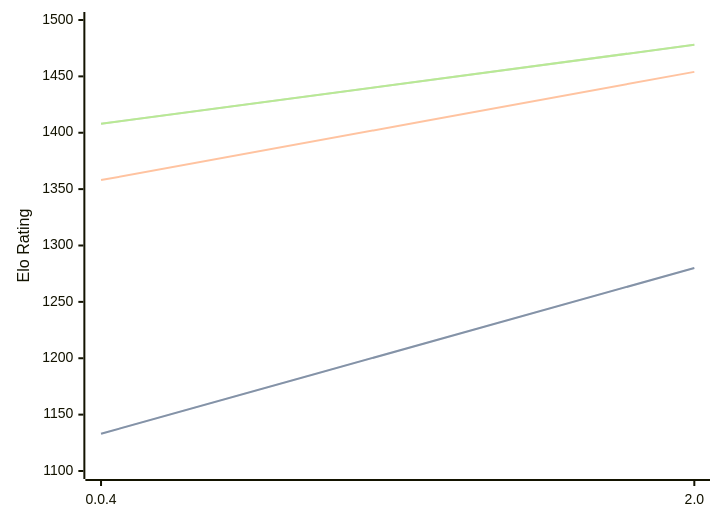
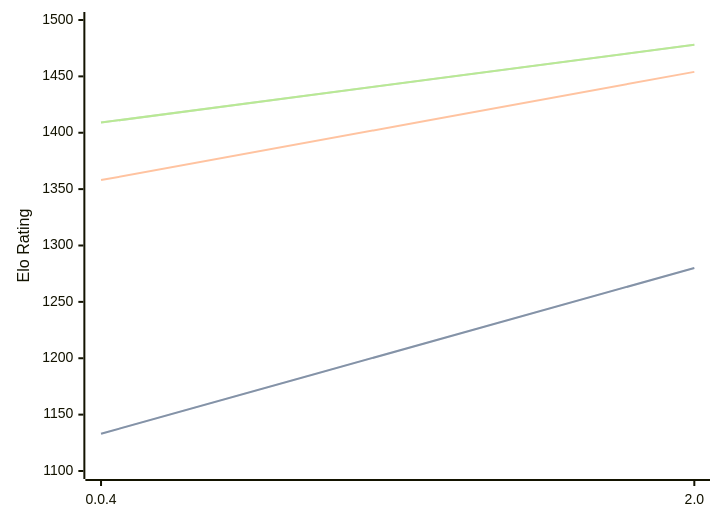
The diagram in engines/Oops!Mate.md (computer-chess-index/cci), drawn with Mermaid before and after one commit. The commit also changed other lines of this file, not shown here.

Commit message:
Update CCI Ratings (ELO VLTC) - 2026-08-21

````diff
--- a/engines/Oops!Mate.md
+++ b/engines/Oops!Mate.md
@@ -33,11 +33,11 @@
 ```mermaid
 %%{init: {"theme":"base","themeVariables":{"seriesColors:['#a3a3a3','#222221','#faa371']}}}%%
 xychart-beta
   x-axis ["0.0.4", "2.0"]
   y-axis "Elo Rating" 1100 --> 1500
   line "STC (8.0+0.08s)" [1133, 1280]
   line "STC (8.0+0.08s)" [1133, 1280]
   line "LTC (60.0+0.60s)" [1358, 1454]
-  line "VLTC (2m24s+1.12s)" [1408, 1478]
-  line "VLTC (2m24s+1.12s)" [1408, 1478]
+  line "VLTC (2m24s+1.12s)" [1409, 1478]
+  line "VLTC (2m24s+1.12s)" [1409, 1478]
 ```
````
